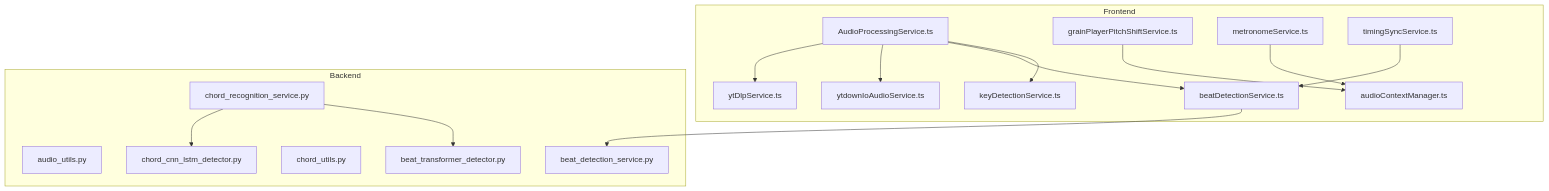
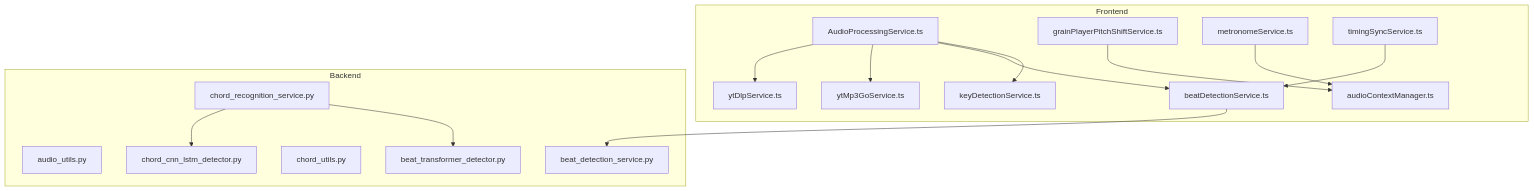
One commit to ptnghia-j/ChordMiniApp changed the first of 8 diagrams in .qoder/repowiki/en/content/Audio Processing and Analysis/Audio Processing and Analysis.md. Above: the diagram before and after it, drawn with Mermaid. The commit also changed other lines of this file and 18 other files, not shown here.

````diff
--- a/.qoder/repowiki/en/content/Audio Processing and Analysis/Audio Processing and Analysis.md
+++ b/.qoder/repowiki/en/content/Audio Processing and Analysis/Audio Processing and Analysis.md
@@ -42,32 +42,32 @@
 ```mermaid
 graph TB
 subgraph "Frontend"
 APS["AudioProcessingService.ts"]
 BDS["beatDetectionService.ts"]
 KDS["keyDetectionService.ts"]
 GPPS["grainPlayerPitchShiftService.ts"]
 AMS["audioContextManager.ts"]
 MS["metronomeService.ts"]
 TS["timingSyncService.ts"]
 YTDLP["ytDlpService.ts"]
-YTDIO["ytdownIoAudioService.ts"]
+YTMP3["ytMp3GoService.ts"]
 end
 subgraph "Backend"
 BAU["audio_utils.py"]
 BDSrv["beat_detection_service.py"]
 CRsrv["chord_recognition_service.py"]
 CUD["chord_utils.py"]
 BTD["beat_transformer_detector.py"]
 CCD["chord_cnn_lstm_detector.py"]
 end
 APS --> YTDLP
-APS --> YTDIO
+APS --> YTMP3
 APS --> BDS
 APS --> KDS
 BDS --> BDSrv
 CRsrv --> CCD
 CRsrv --> BTD
 GPPS --> AMS
 MS --> AMS
 TS --> BDS
 ```
````
